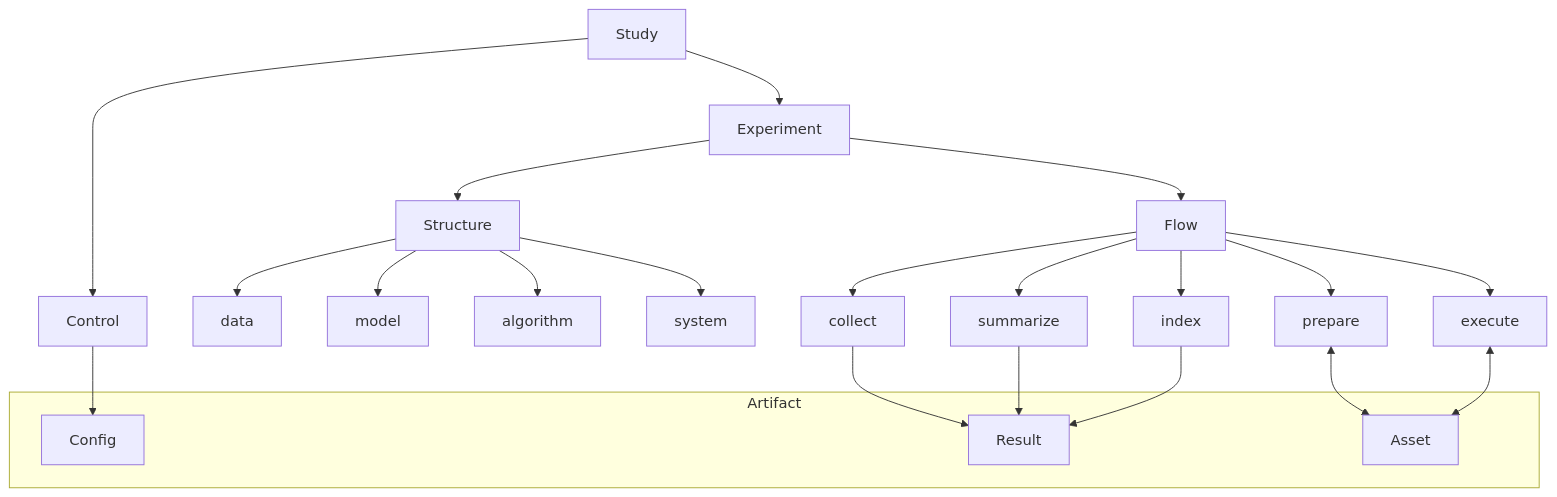
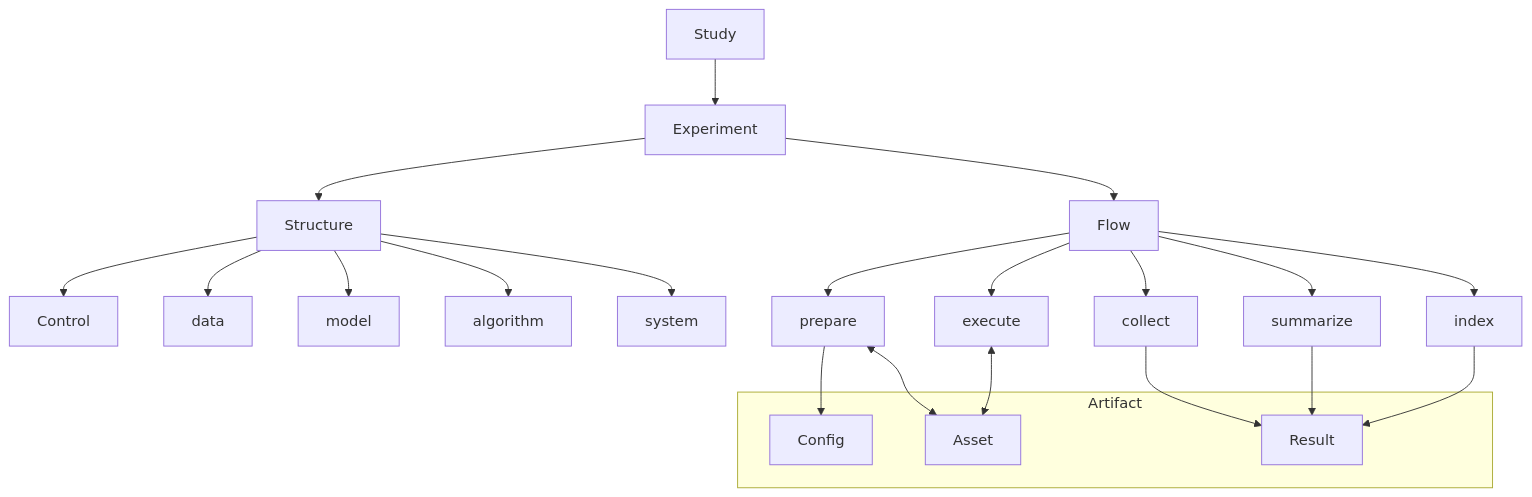
The first of 4 diagrams in docs/CONCEPT.md (diaoenmao/RPipe), drawn with Mermaid before and after one commit. The commit also changed other lines of this file and 5 other files, not shown here.

````diff
--- a/docs/CONCEPT.md
+++ b/docs/CONCEPT.md
@@ -49,27 +52,27 @@
 ```mermaid
 flowchart TB
-  Study --> Control
   Study --> Experiment
-  Control --> Config
   Experiment --> Structure
   Experiment --> Flow
+  Structure --> Control
   Structure --> data
   Structure --> model
   Structure --> algorithm
   Structure --> system
   Flow --> prepare
   Flow --> execute
   Flow --> collect
   Flow --> summarize
   Flow --> index_phase[index]
   subgraph Artifact_sub [Artifact]
     Config
     Result
     Asset
   end
+  prepare --> Config
   prepare <--> Asset
   execute <--> Asset
   collect --> Result
   summarize --> Result
   index_phase --> Result
 ```
````
